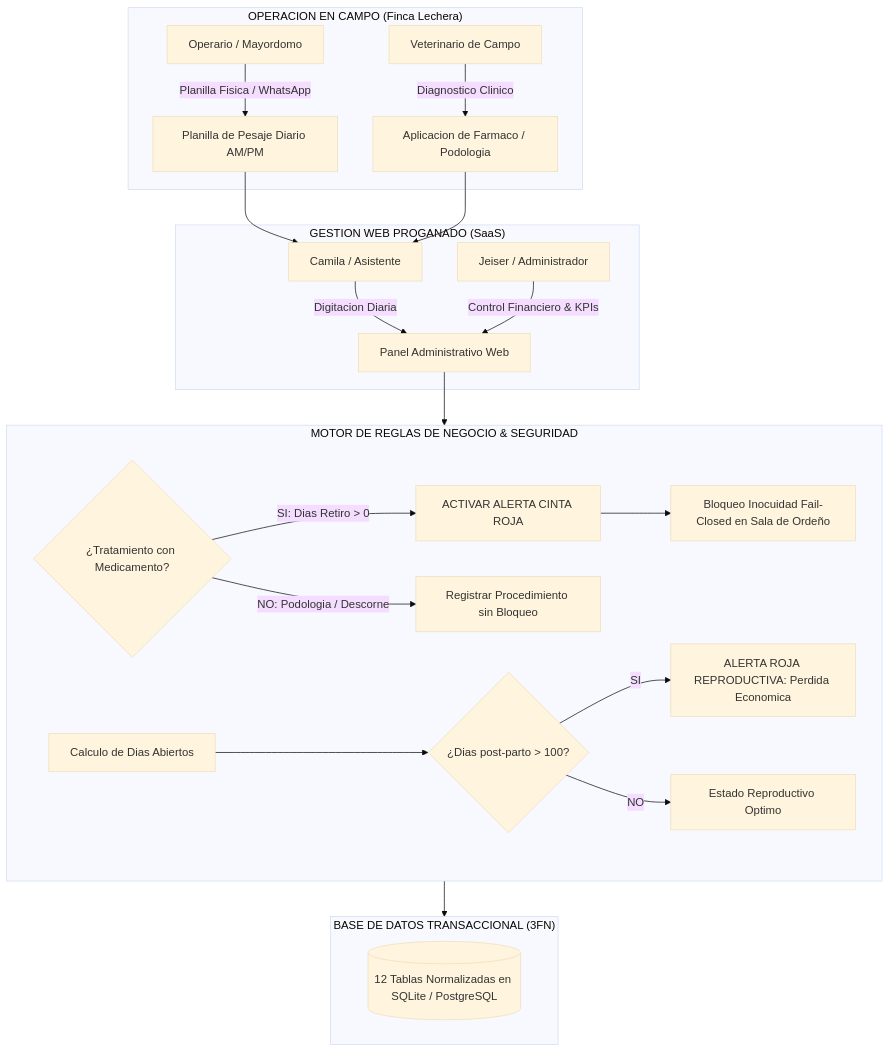
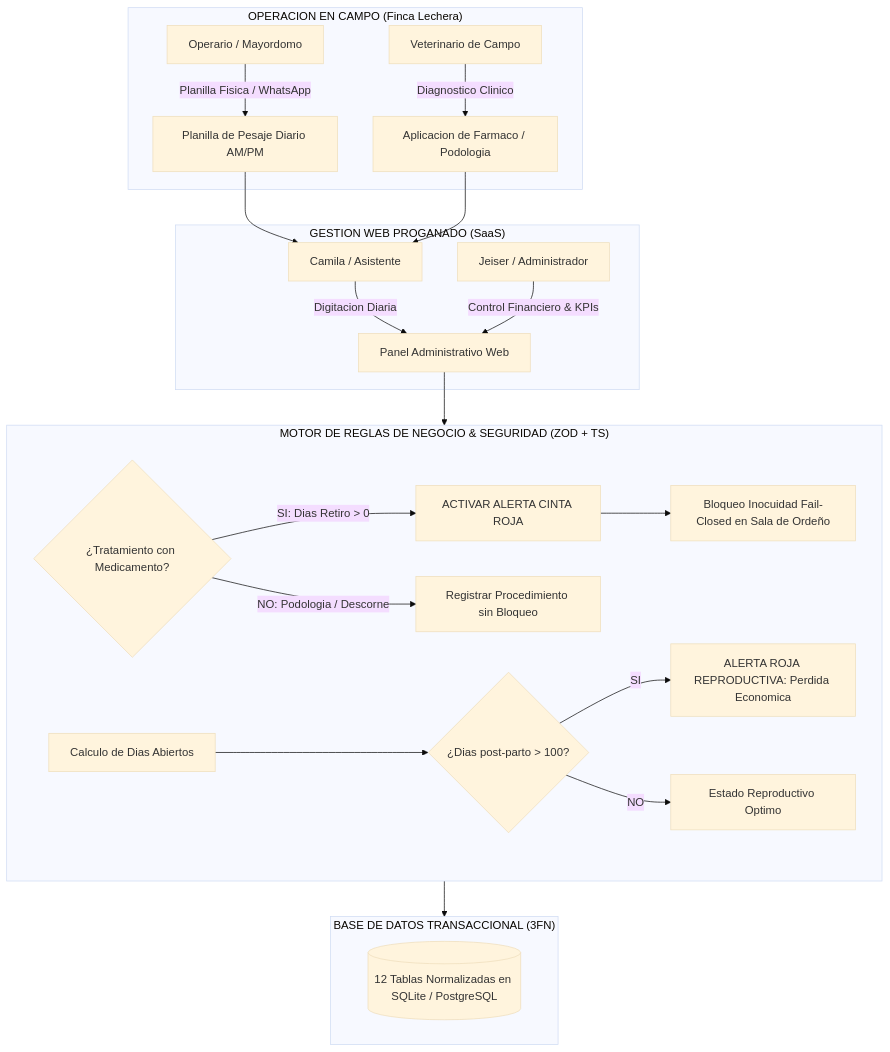
Before and after one commit to jeiserlabs/proganado: the first of 2 diagrams in README.md, drawn with Mermaid (base theme). The commit also changed other lines of this file and 6 other files, not shown here.

Commit message:
feat(arch): Agregar contratos TypeScript (Zero-Any), esquemas Zod en runtime, diccionario de validación de celdas e inputs, y roadmap Bottom-Up hacia AWS Enterprise

````diff
--- a/README.md
+++ b/README.md
@@ -71,32 +131,32 @@
 ```mermaid
 flowchart TD
     subgraph CAMPO["OPERACION EN CAMPO (Finca Lechera)"]
         A1[Operario / Mayordomo] -->|Planilla Fisica / WhatsApp| A2[Planilla de Pesaje Diario AM/PM]
         A3[Veterinario de Campo] -->|Diagnostico Clinico| A4[Aplicacion de Farmaco / Podologia]
     end
 
     subgraph WEB["GESTION WEB PROGANADO (SaaS)"]
         B1[Camila / Asistente] -->|Digitacion Diaria| B2[Panel Administrativo Web]
         B3[Jeiser / Administrador] -->|Control Financiero & KPIs| B2
     end
 
-    subgraph ENGINE["MOTOR DE REGLAS DE NEGOCIO & SEGURIDAD"]
+    subgraph ENGINE["MOTOR DE REGLAS DE NEGOCIO & SEGURIDAD (ZOD + TS)"]
         C1{"¿Tratamiento con Medicamento?"}
         C1 -->|SI: Dias Retiro > 0| C2["ACTIVAR ALERTA CINTA ROJA"]
         C1 -->|NO: Podologia / Descorne| C3[Registrar Procedimiento sin Bloqueo]
         C2 --> C4[Bloqueo Inocuidad Fail-Closed en Sala de Ordeño]
         
         C5[Calculo de Dias Abiertos] --> C6{"¿Dias post-parto > 100?"}
         C6 -->|SI| C7["ALERTA ROJA REPRODUCTIVA: Perdida Economica"]
         C6 -->|NO| C8[Estado Reproductivo Optimo]
     end
 
     subgraph DB["BASE DE DATOS TRANSACCIONAL (3FN)"]
         D1[("12 Tablas Normalizadas en SQLite / PostgreSQL")]
     end
 
     A2 --> B1
     A4 --> B1
     B2 --> ENGINE
     ENGINE --> DB
 ```
````
